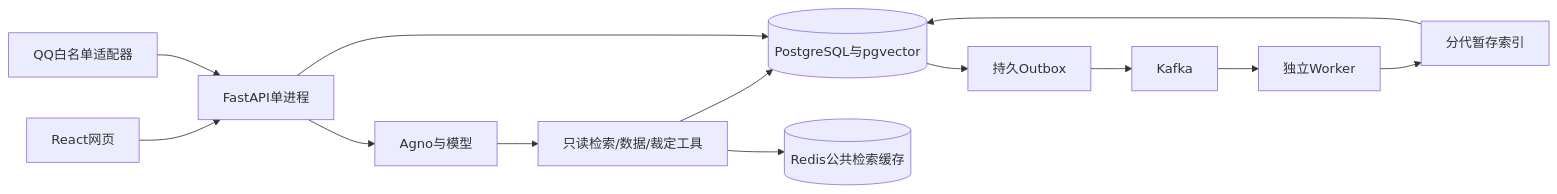
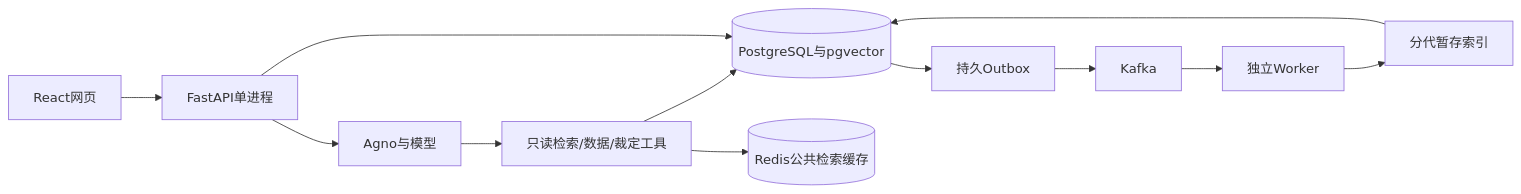
One commit to gujianyi0/qinggui-xinyuesha-assessment changed the diagram in docs/执行计划书.md. Above: the diagram before and after it, drawn with Mermaid. The commit also changed other lines of this file and 84 other files, not shown here.

````diff
--- a/docs/执行计划书.md
+++ b/docs/执行计划书.md
@@ -44,15 +44,14 @@
 ```mermaid
 flowchart LR
   Web[React网页] --> API[FastAPI单进程]
-  QQ[QQ白名单适配器] --> API
   API --> Agent[Agno与模型]
   Agent --> Tools[只读检索/数据/裁定工具]
   Tools --> PG[(PostgreSQL与pgvector)]
   Tools --> Cache[(Redis公共检索缓存)]
   API --> PG
   PG --> Outbox[持久Outbox]
   Outbox --> Kafka[Kafka]
   Kafka --> Worker[独立Worker]
   Worker --> Stage[分代暂存索引]
   Stage --> PG
 ```
````
